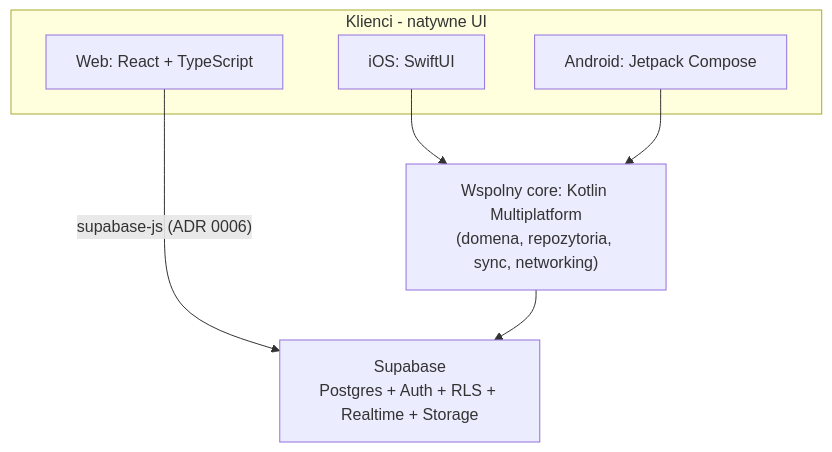
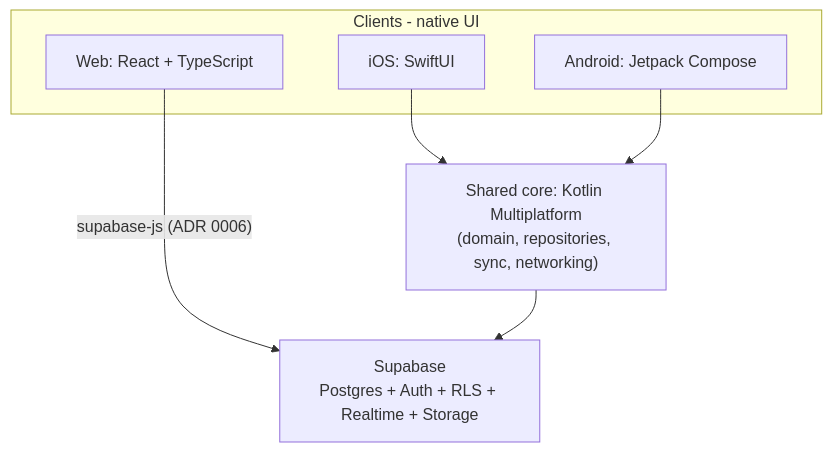
Before and after one commit to MarekBiolik/GymManager: the diagram in docs/architecture/overview.md, drawn with Mermaid. The commit also changed other lines of this file and 29 other files, not shown here.

First line of the commit message:
docs: translate architecture foundations to English

````diff
--- a/docs/architecture/overview.md
+++ b/docs/architecture/overview.md
@@ -9,14 +9,14 @@
 ```mermaid
 flowchart TB
-  subgraph clients [Klienci - natywne UI]
+  subgraph clients [Clients - native UI]
     ios["iOS: SwiftUI"]
     android["Android: Jetpack Compose"]
     web["Web: React + TypeScript"]
   end
-  core["Wspolny core: Kotlin Multiplatform\n(domena, repozytoria, sync, networking)"]
+  core["Shared core: Kotlin Multiplatform\n(domain, repositories, sync, networking)"]
   supa["Supabase\nPostgres + Auth + RLS + Realtime + Storage"]
   ios --> core
   android --> core
   web -->|"supabase-js (ADR 0006)"| supa
   core --> supa
 ```
````
